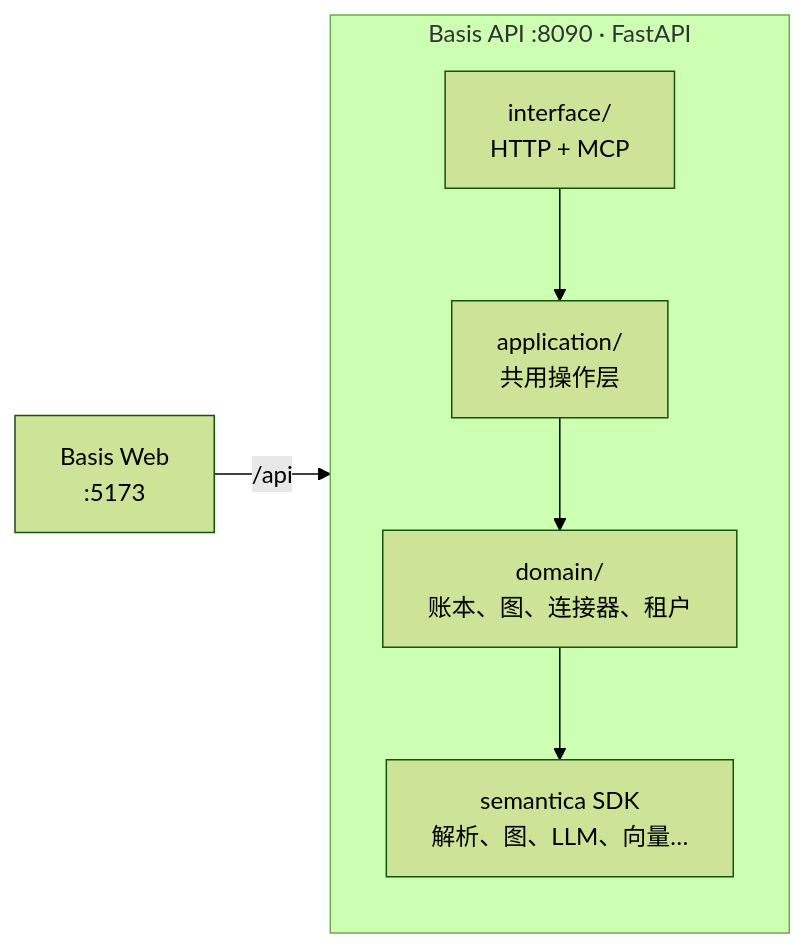
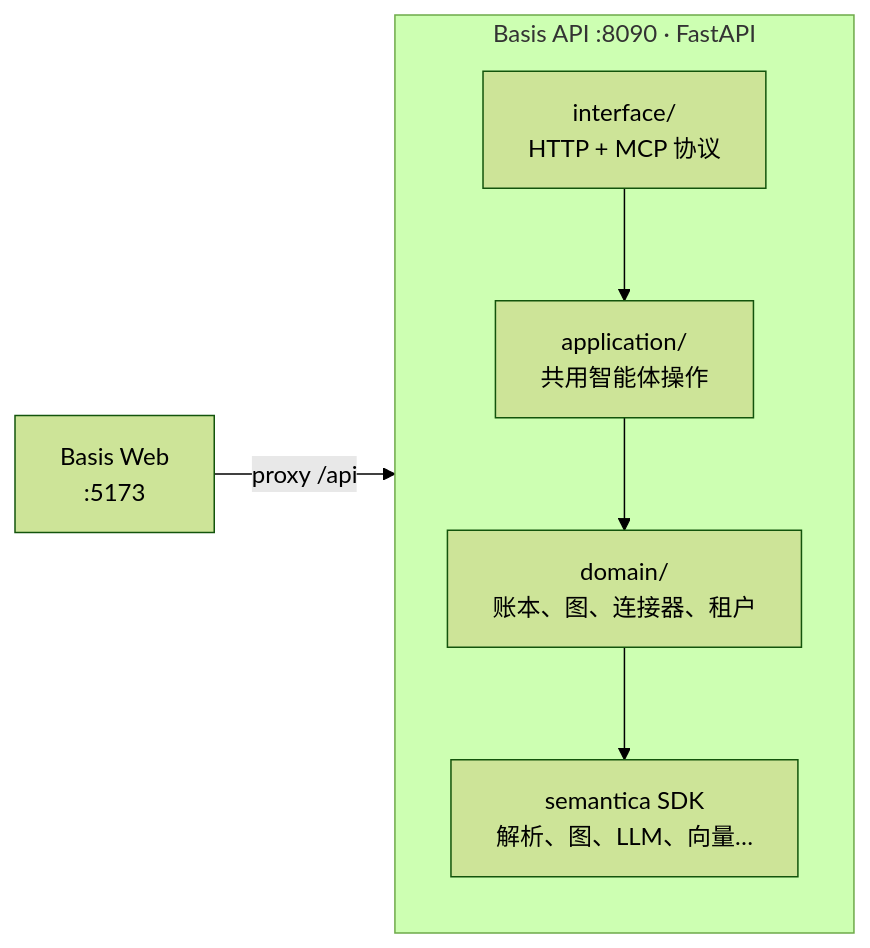
The diagram in README.zh-CN.md (FellowOS/basis), drawn with Mermaid (forest theme) before and after one commit. The commit also changed other lines of this file and 1 other file, not shown here.

````diff
--- a/README.zh-CN.md
+++ b/README.zh-CN.md
@@ -70,14 +70,14 @@
 ```mermaid
 flowchart LR
   WEB["Basis Web<br/>:5173"]
-  WEB -->|/api| INT
+  WEB -->|proxy /api| INT
 
   subgraph API["Basis API :8090 · FastAPI"]
     direction TB
-    INT["interface/<br/>HTTP + MCP"]
-    APP["application/<br/>共用操作层"]
+    INT["interface/<br/>HTTP + MCP 协议"]
+    APP["application/<br/>共用智能体操作"]
     DOM["domain/<br/>账本、图、连接器、租户"]
     SDK["semantica SDK<br/>解析、图、LLM、向量…"]
     INT --> APP --> DOM --> SDK
   end
 ```
````
